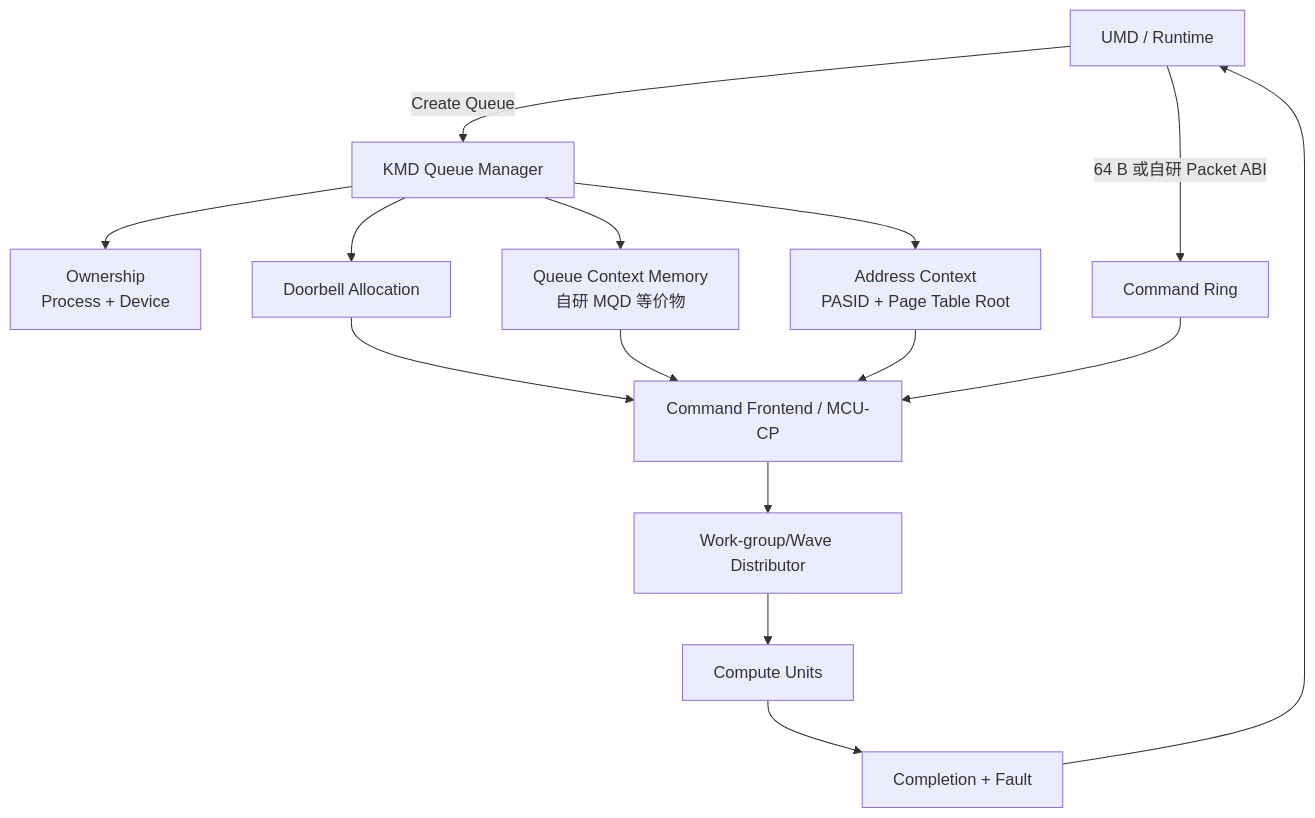
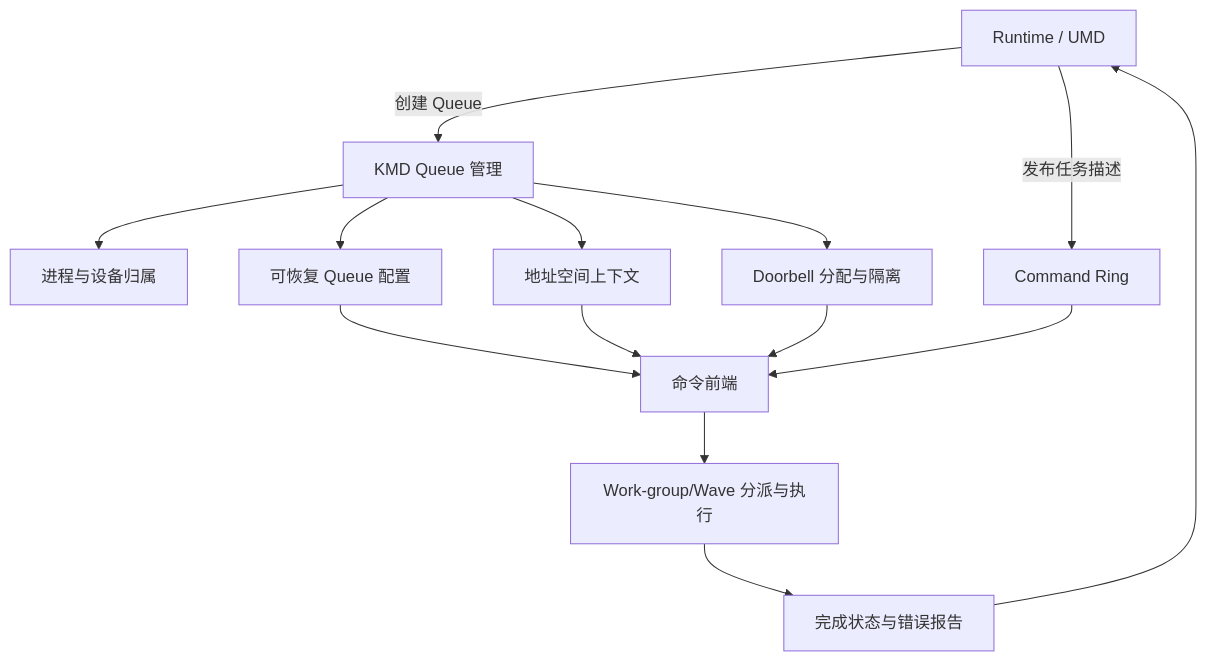
Before and after one commit to hxfei-git/gpu-study: diagram 13 of 13 in 03_AMD GPU 队列与 AQL Dispatch.md, drawn with Mermaid. The commit also changed other lines of this file and 1 other file, not shown here.

Commit message:
docs(queue): streamline dispatch chapters and knowledge lookup

````diff
--- a/03_AMD GPU 队列与 AQL Dispatch.md
+++ b/03_AMD GPU 队列与 AQL Dispatch.md
@@ -4628,17 +3723,16 @@
 ```mermaid
 flowchart TD
-    U[UMD / Runtime] -->|Create Queue| K[KMD Queue Manager]
-    K --> O[Ownership<br/>Process + Device]
-    K --> V[Address Context<br/>PASID + Page Table Root]
-    K --> Q[Queue Context Memory<br/>自研 MQD 等价物]
-    K --> D[Doorbell Allocation]
-    U -->|64 B 或自研 Packet ABI| R[Command Ring]
-    D --> F[Command Frontend / MCU-CP]
-    Q --> F
+    U["Runtime / UMD"] -->|创建 Queue| K["KMD Queue 管理"]
+    K --> O["进程与设备归属"]
+    K --> V["地址空间上下文"]
+    K --> Q["可恢复 Queue 配置"]
+    K --> D["Doorbell 分配与隔离"]
+    U -->|发布任务描述| R["Command Ring"]
+    Q --> F["命令前端"]
     V --> F
+    D --> F
     R --> F
-    F --> W[Work-group/Wave Distributor]
-    W --> CU[Compute Units]
-    CU --> C[Completion + Fault]
-    C --> U
+    F --> C["Work-group/Wave 分派与执行"]
+    C --> S["完成状态与错误报告"]
+    S --> U
 ```
````
